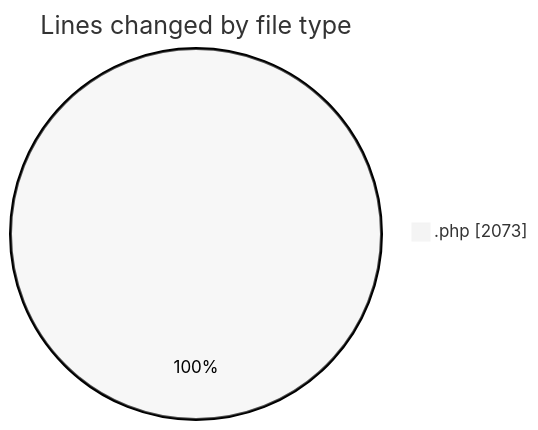
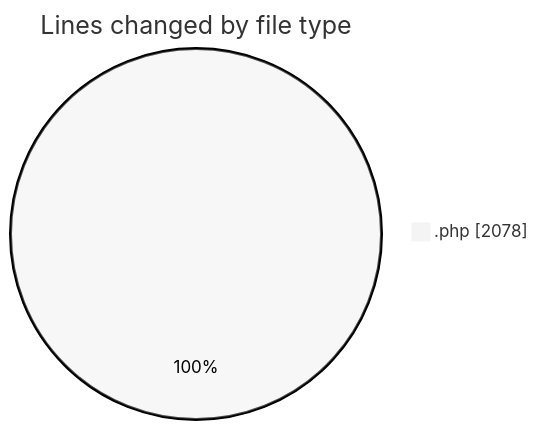
The first of 2 diagrams in 2025-10-22/untitled__workspace_/README.md (debugP/code-tracking), drawn with Mermaid (neutral theme) before and after one commit. The commit also changed other lines of this file and 1 other file, not shown here.

````diff
--- a/2025-10-22/untitled__workspace_/README.md
+++ b/2025-10-22/untitled__workspace_/README.md
@@ -20,5 +20,5 @@
 ```mermaid
 pie showData
 title Lines changed by file type
-".php" : 2073
+".php" : 2078
 ```
````
